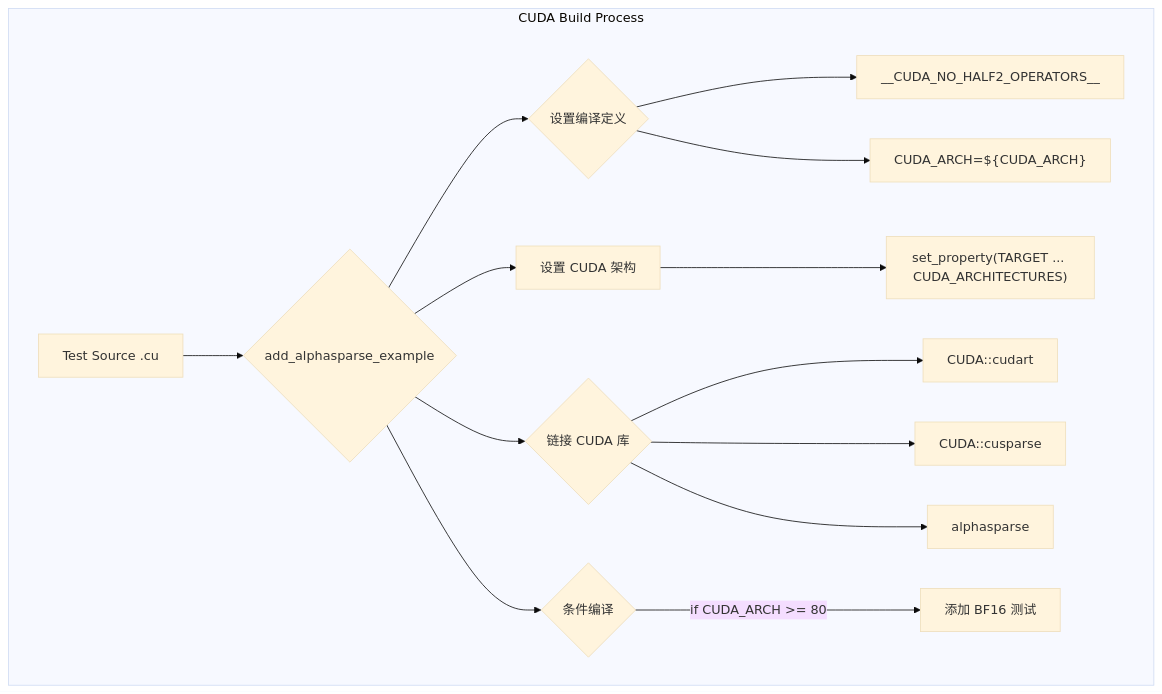
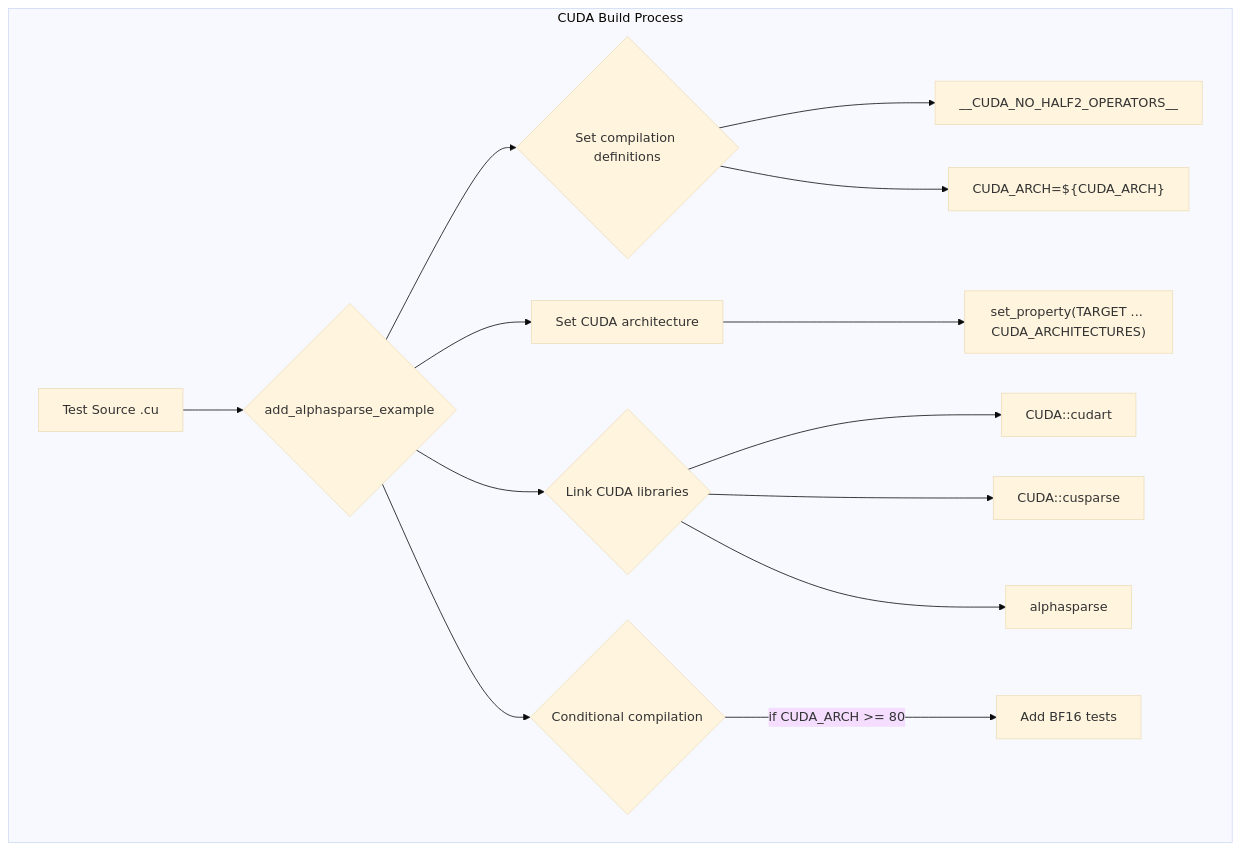
Before and after one commit to QiWu-NCIC/QiWu-KernelPerf: the sixth of 21 diagrams in KernelPerf/submissions/spmv/alphasparse/upstream/AlphasparseWiki .md, drawn with Mermaid (base theme). The commit also changed other lines of this file and 310 other files, not shown here.

````diff
--- a/KernelPerf/submissions/spmv/alphasparse/upstream/AlphasparseWiki .md
+++ b/KernelPerf/submissions/spmv/alphasparse/upstream/AlphasparseWiki .md
@@ -615,17 +615,17 @@
 ```mermaid
 graph TD
     subgraph CUDA Build Process
         A[Test Source .cu] --> B{add_alphasparse_example};
-        B --> C{设置编译定义};
+        B --> C{Set compilation definitions};
         C --> D["__CUDA_NO_HALF2_OPERATORS__"];
         C --> E["CUDA_ARCH=${CUDA_ARCH}"];
-        B --> F[设置 CUDA 架构];
+        B --> F[Set CUDA architecture];
         F --> G["set_property(TARGET ... CUDA_ARCHITECTURES)"];
-        B --> H{链接 CUDA 库};
+        B --> H{Link CUDA libraries};
         H --> I[CUDA::cudart];
         H --> J[CUDA::cusparse];
         H --> K[alphasparse];
-        B --> L{条件编译};
-        L -- "if CUDA_ARCH >= 80" --> M[添加 BF16 测试];
+        B --> L{Conditional compilation};
+        L -- "if CUDA_ARCH >= 80" --> M[Add BF16 tests];
     end
 ```
````
